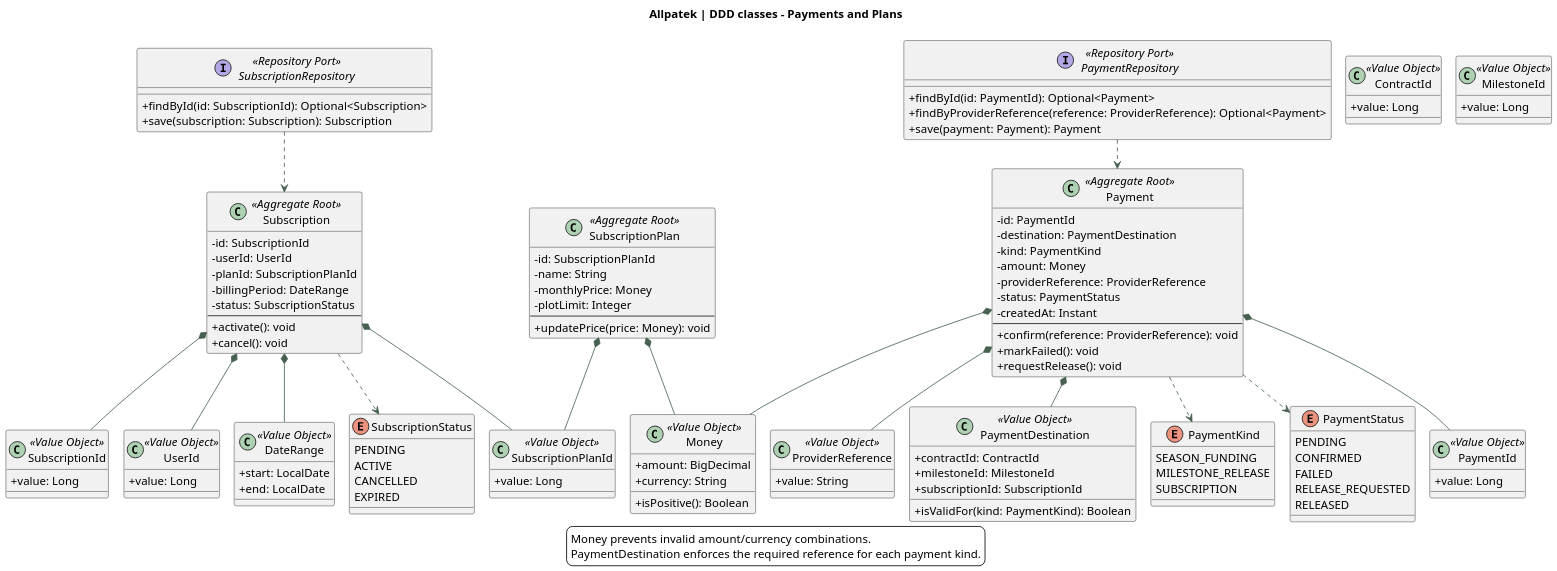
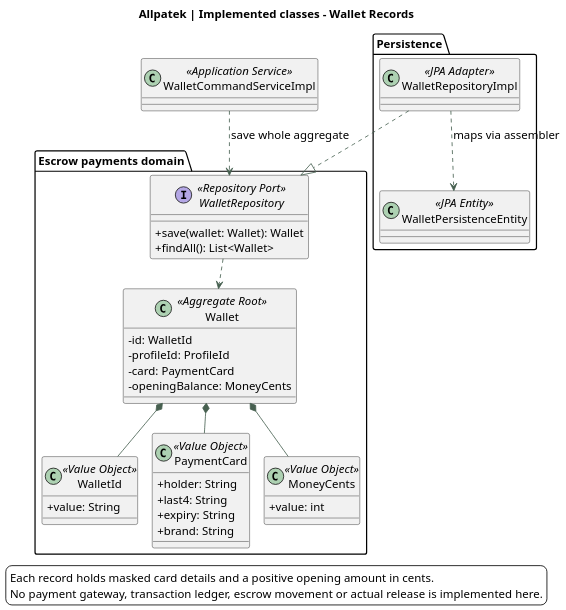
The diagram in assets/chapter-04/architecture/11-classes-payments.puml (upc-pre-202620-1asi0729-7753-Terranova/allpatek-report), drawn with PlantUML before and after one commit. The commit also changed 58 other files, not shown here.

Commit message:
docs(report): align architecture diagrams and flows with implementation

```diff
--- a/assets/chapter-04/architecture/11-classes-payments.puml
+++ b/assets/chapter-04/architecture/11-classes-payments.puml
@@ -1,133 +1,62 @@
 @startuml
 !pragma layout smetana
 skinparam backgroundColor white
 skinparam defaultFontName SansSerif
 skinparam defaultFontSize 14
 skinparam shadowing false
 skinparam classAttributeIconSize 0
 skinparam ArrowColor #476050
 skinparam dpi 140
-title Allpatek | DDD classes - Payments and Plans
+title Allpatek | Implemented classes - Wallet Records
 top to bottom direction
 
-class Payment <<Aggregate Root>> {
- -id: PaymentId
- -destination: PaymentDestination
- -kind: PaymentKind
- -amount: Money
- -providerReference: ProviderReference
- -status: PaymentStatus
- -createdAt: Instant
- --
- +confirm(reference: ProviderReference): void
- +markFailed(): void
- +requestRelease(): void
+package "Escrow payments domain" {
+  class Wallet <<Aggregate Root>> {
+    -id: WalletId
+    -profileId: ProfileId
+    -card: PaymentCard
+    -openingBalance: MoneyCents
+  }
+
+  class WalletId <<Value Object>> {
+    +value: String
+  }
+
+  class PaymentCard <<Value Object>> {
+    +holder: String
+    +last4: String
+    +expiry: String
+    +brand: String
+  }
+
+  class MoneyCents <<Value Object>> {
+    +value: int
+  }
+
+  interface WalletRepository <<Repository Port>> {
+    +save(wallet: Wallet): Wallet
+    +findAll(): List<Wallet>
+  }
+
+  Wallet *-- WalletId
+  Wallet *-- PaymentCard
+  Wallet *-- MoneyCents
+  WalletRepository ..> Wallet
 }
 
-class SubscriptionPlan <<Aggregate Root>> {
- -id: SubscriptionPlanId
- -name: String
- -monthlyPrice: Money
- -plotLimit: Integer
- --
- +updatePrice(price: Money): void
+class WalletCommandServiceImpl <<Application Service>>
+WalletCommandServiceImpl ..> WalletRepository : save whole aggregate
+
+package "Persistence" {
+  class WalletRepositoryImpl <<JPA Adapter>>
+  class WalletPersistenceEntity <<JPA Entity>>
+
+  WalletRepositoryImpl ..> WalletPersistenceEntity : maps via assembler
 }
-
-class Subscription <<Aggregate Root>> {
- -id: SubscriptionId
- -userId: UserId
- -planId: SubscriptionPlanId
- -billingPeriod: DateRange
- -status: SubscriptionStatus
- --
- +activate(): void
- +cancel(): void
-}
-
-class PaymentId <<Value Object>> {
- +value: Long
-}
-class SubscriptionPlanId <<Value Object>> {
- +value: Long
-}
-class SubscriptionId <<Value Object>> {
- +value: Long
-}
-class UserId <<Value Object>> {
- +value: Long
-}
-class ContractId <<Value Object>> {
- +value: Long
-}
-class MilestoneId <<Value Object>> {
- +value: Long
-}
-class Money <<Value Object>> {
- +amount: BigDecimal
- +currency: String
- +isPositive(): Boolean
-}
-class ProviderReference <<Value Object>> {
- +value: String
-}
-class PaymentDestination <<Value Object>> {
- +contractId: ContractId
- +milestoneId: MilestoneId
- +subscriptionId: SubscriptionId
- +isValidFor(kind: PaymentKind): Boolean
-}
-class DateRange <<Value Object>> {
- +start: LocalDate
- +end: LocalDate
-}
-
-enum PaymentKind {
- SEASON_FUNDING
- MILESTONE_RELEASE
- SUBSCRIPTION
-}
-enum PaymentStatus {
- PENDING
- CONFIRMED
- FAILED
- RELEASE_REQUESTED
- RELEASED
-}
-enum SubscriptionStatus {
- PENDING
- ACTIVE
- CANCELLED
- EXPIRED
-}
-
-interface PaymentRepository <<Repository Port>> {
- +findById(id: PaymentId): Optional<Payment>
- +findByProviderReference(reference: ProviderReference): Optional<Payment>
- +save(payment: Payment): Payment
-}
-interface SubscriptionRepository <<Repository Port>> {
- +findById(id: SubscriptionId): Optional<Subscription>
- +save(subscription: Subscription): Subscription
-}
-
-Payment *-- PaymentId
-Payment *-- PaymentDestination
-Payment *-- Money
-Payment *-- ProviderReference
-Payment ..> PaymentKind
-Payment ..> PaymentStatus
-SubscriptionPlan *-- SubscriptionPlanId
-SubscriptionPlan *-- Money
-Subscription *-- SubscriptionId
-Subscription *-- UserId
-Subscription *-- SubscriptionPlanId
-Subscription *-- DateRange
-Subscription ..> SubscriptionStatus
-PaymentRepository ..> Payment
-SubscriptionRepository ..> Subscription
+WalletRepositoryImpl ..|> WalletRepository
 
 legend bottom
-Money prevents invalid amount/currency combinations.
-PaymentDestination enforces the required reference for each payment kind.
+Each record holds masked card details and a positive opening amount in cents.
+No payment gateway, transaction ledger, escrow movement or actual release is implemented here.
 endlegend
 @enduml
```
